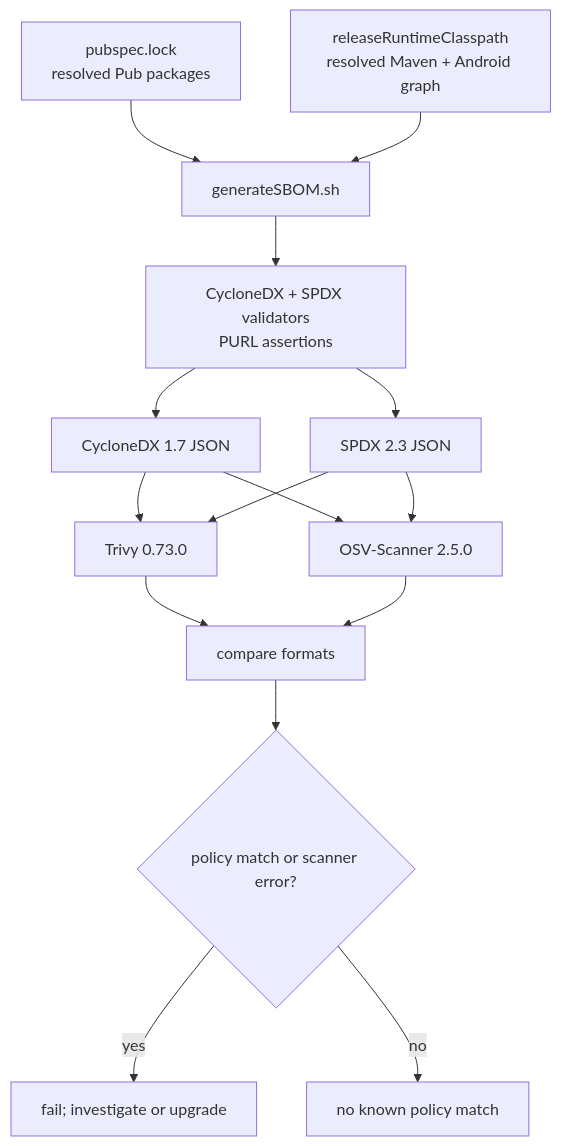
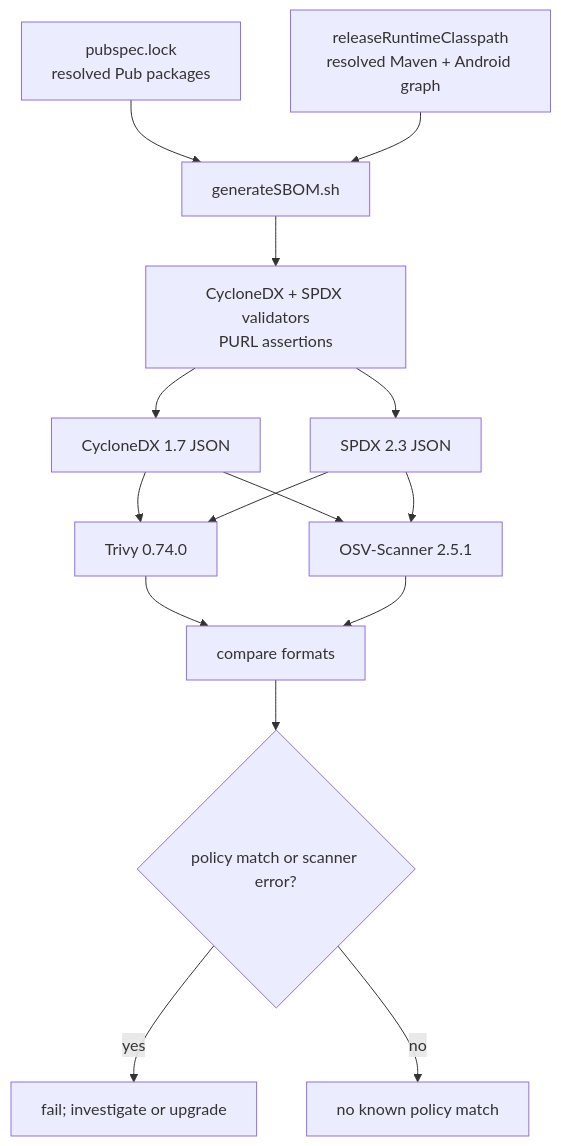
Before and after one commit to marcelpetrick/CroLingo: the second of 3 diagrams in docs/cveCheck.md, drawn with Mermaid. The commit also changed other lines of this file and 11 other files, not shown here.

````diff
--- a/docs/cveCheck.md
+++ b/docs/cveCheck.md
@@ -155,17 +155,17 @@
 ```mermaid
 flowchart TB
   Lock["pubspec.lock\nresolved Pub packages"] --> Generator["generateSBOM.sh"]
   Gradle["releaseRuntimeClasspath\nresolved Maven + Android graph"] --> Generator
   Generator --> Validate["CycloneDX + SPDX validators\nPURL assertions"]
   Validate --> CDX["CycloneDX 1.7 JSON"]
   Validate --> SPDX["SPDX 2.3 JSON"]
-  CDX --> Trivy["Trivy 0.73.0"]
+  CDX --> Trivy["Trivy 0.74.0"]
   SPDX --> Trivy
-  CDX --> OSV["OSV-Scanner 2.5.0"]
+  CDX --> OSV["OSV-Scanner 2.5.1"]
   SPDX --> OSV
   Trivy --> Compare["compare formats"]
   OSV --> Compare
   Compare --> Gate{"policy match or scanner error?"}
   Gate -->|"yes"| Fail["fail; investigate or upgrade"]
   Gate -->|"no"| Pass["no known policy match"]
 ```
````
